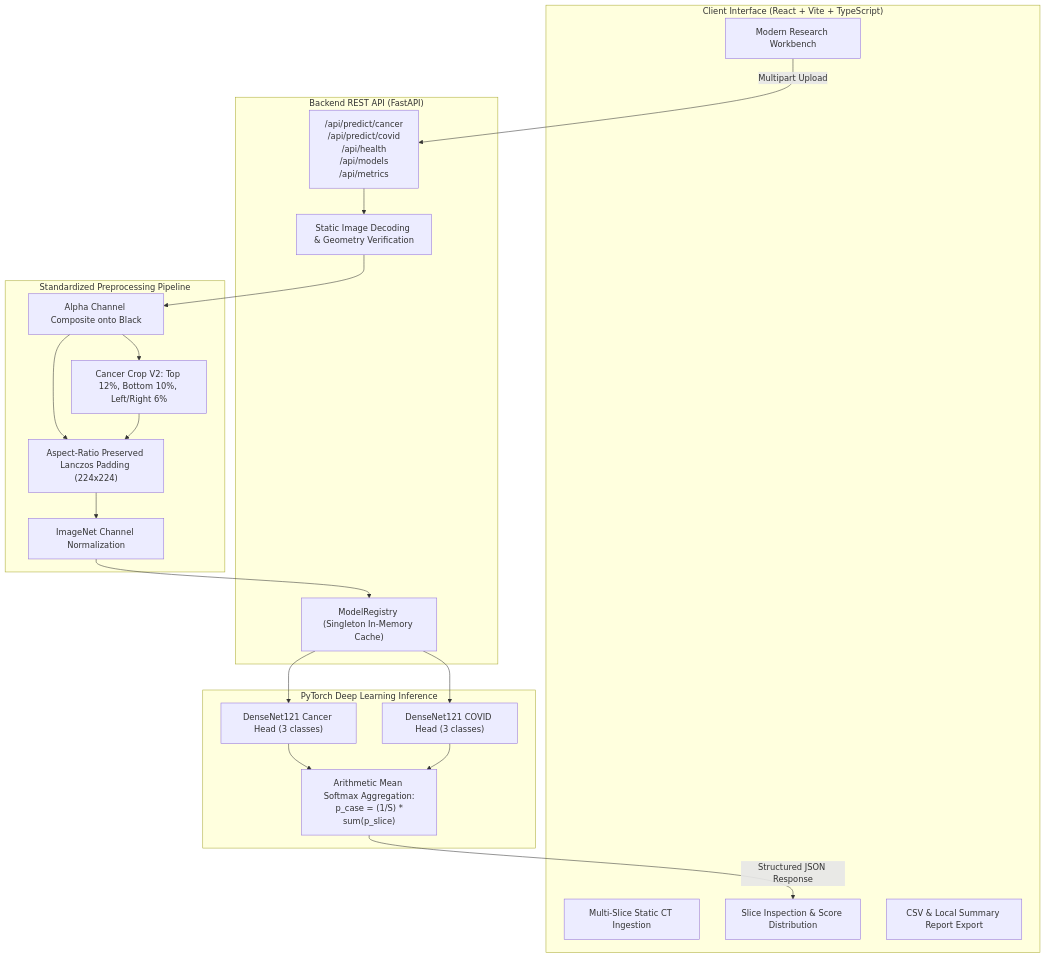
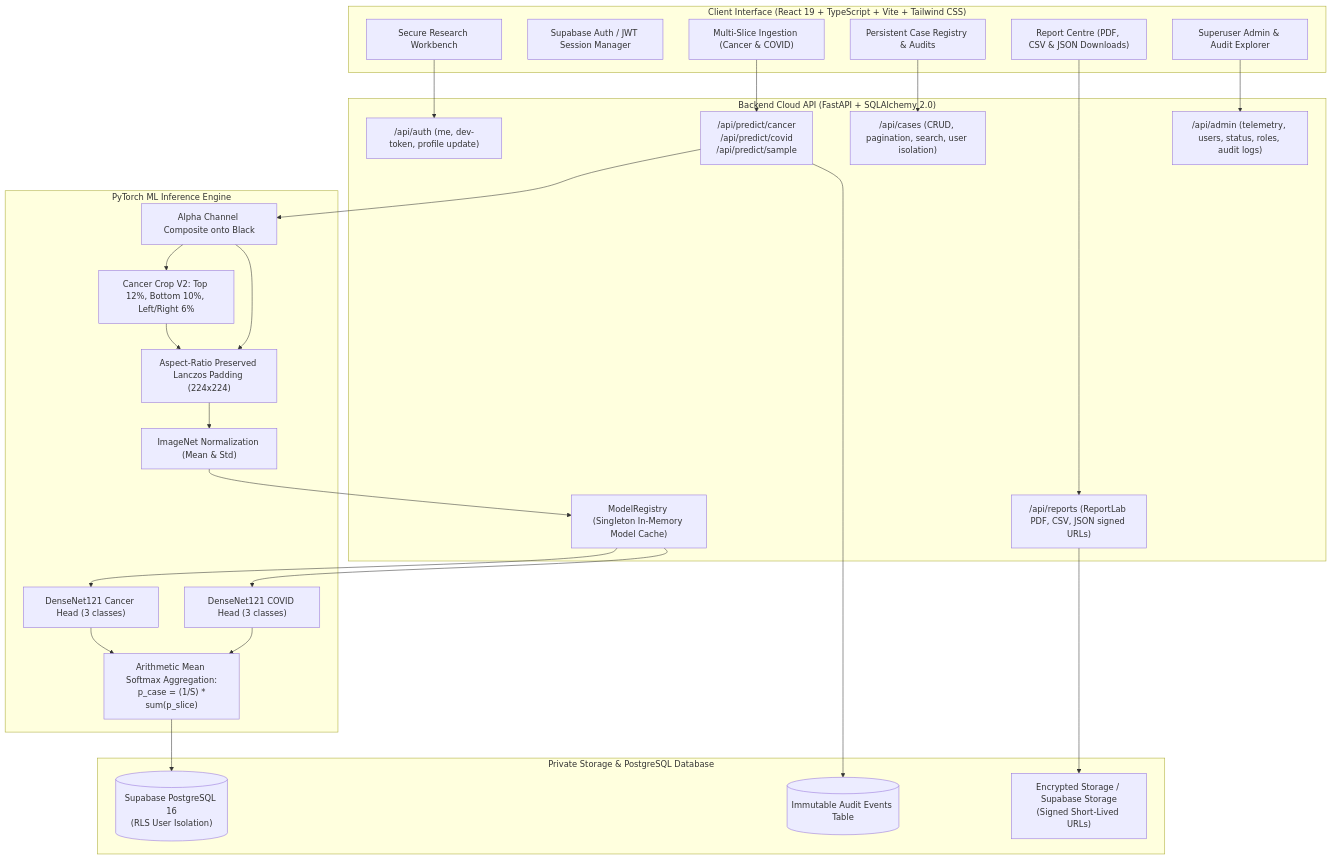
One commit to cmbarath/ThoracicAI changed the diagram in README.md. Above: the diagram before and after it, drawn with Mermaid. The commit also changed other lines of this file and 6 other files, not shown here.

````diff
--- a/README.md
+++ b/README.md
@@ -18,42 +19,55 @@
 ```mermaid
 flowchart TD
-    subgraph Client ["Client Interface (React + Vite + TypeScript)"]
-        UI["Modern Research Workbench"]
-        Uploader["Multi-Slice Static CT Ingestion"]
-        Viewer["Slice Inspection & Score Distribution"]
-        Exporter["CSV & Local Summary Report Export"]
+    subgraph Client ["Client Interface (React 19 + TypeScript + Vite + Tailwind CSS)"]
+        UI["Secure Research Workbench"]
+        AuthModal["Supabase Auth / JWT Session Manager"]
+        Workflow["Multi-Slice Ingestion (Cancer & COVID)"]
+        CaseRegistry["Persistent Case Registry & Audits"]
+        ReportCentre["Report Centre (PDF, CSV & JSON Downloads)"]
+        AdminDashboard["Superuser Admin & Audit Explorer"]
     end
 
-    subgraph API ["Backend REST API (FastAPI)"]
-        Router["/api/predict/cancer\n/api/predict/covid\n/api/health\n/api/models\n/api/metrics"]
-        Validator["Static Image Decoding & Geometry Verification"]
-        Registry["ModelRegistry (Singleton In-Memory Cache)"]
+    subgraph API ["Backend Cloud API (FastAPI + SQLAlchemy 2.0)"]
+        AuthRouter["/api/auth (me, dev-token, profile update)"]
+        InferenceRouter["/api/predict/cancer\n/api/predict/covid\n/api/predict/sample"]
+        CaseRouter["/api/cases (CRUD, pagination, search, user isolation)"]
+        ReportRouter["/api/reports (ReportLab PDF, CSV, JSON signed URLs)"]
+        AdminRouter["/api/admin (telemetry, users, status, roles, audit logs)"]
+        Registry["ModelRegistry (Singleton In-Memory Model Cache)"]
     end
 
-    subgraph Preprocessing ["Standardized Preprocessing Pipeline"]
+    subgraph DeepLearning ["PyTorch ML Inference Engine"]
         Alpha["Alpha Channel Composite onto Black"]
         Crop["Cancer Crop V2: Top 12%, Bottom 10%, Left/Right 6%"]
         Pad["Aspect-Ratio Preserved Lanczos Padding (224x224)"]
-        Norm["ImageNet Channel Normalization"]
-    end
-
-    subgraph DeepLearning ["PyTorch Deep Learning Inference"]
+        Norm["ImageNet Normalization (Mean & Std)"]
         NetCancer["DenseNet121 Cancer Head (3 classes)"]
         NetCovid["DenseNet121 COVID Head (3 classes)"]
         MeanAgg["Arithmetic Mean Softmax Aggregation:\n p_case = (1/S) * sum(p_slice)"]
     end
 
-    UI -->|Multipart Upload| Router
-    Router --> Validator
-    Validator --> Alpha
+    subgraph Storage ["Private Storage & PostgreSQL Database"]
+        Postgres[("Supabase PostgreSQL 16\n(RLS User Isolation)")]
+        DocStore["Encrypted Storage / Supabase Storage\n(Signed Short-Lived URLs)"]
+        AuditLog[("Immutable Audit Events Table")]
+    end
+
+    UI --> AuthRouter
+    Workflow --> InferenceRouter
+    InferenceRouter --> Alpha
     Alpha --> Crop
     Alpha --> Pad
     Crop --> Pad
     Pad --> Norm
     Norm --> Registry
     Registry --> NetCancer
     Registry --> NetCovid
     NetCancer --> MeanAgg
     NetCovid --> MeanAgg
-    MeanAgg -->|Structured JSON Response| Viewer
+    MeanAgg --> Postgres
+    InferenceRouter --> AuditLog
+    CaseRegistry --> CaseRouter
+    ReportCentre --> ReportRouter
+    ReportRouter --> DocStore
+    AdminDashboard --> AdminRouter
 ```
````
